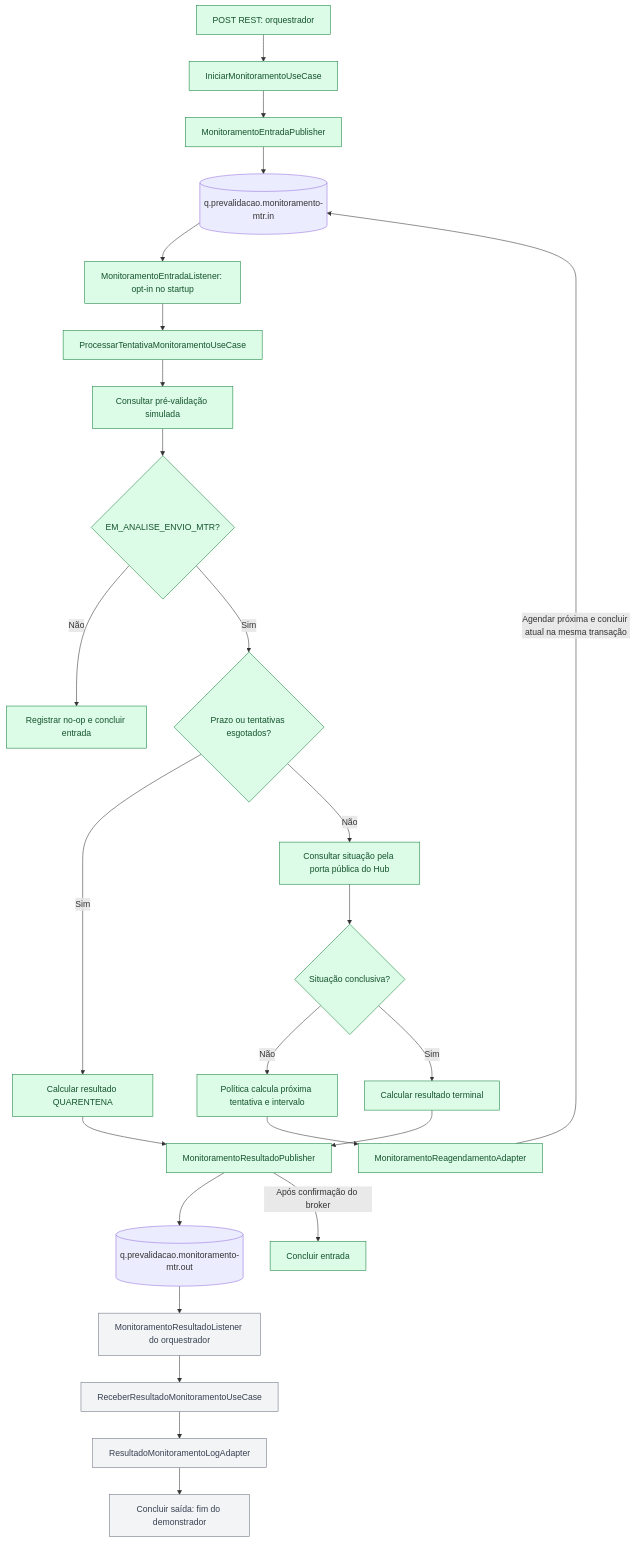
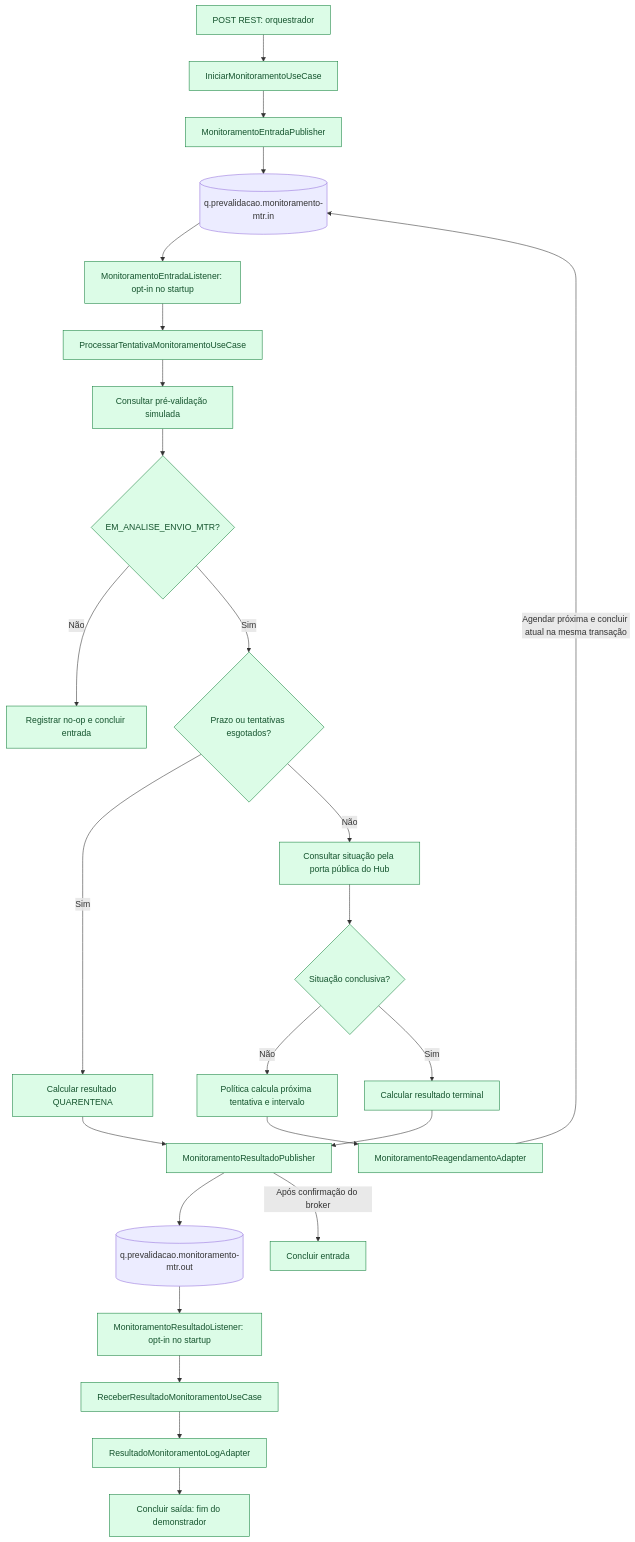
Before and after one commit to edoardo-bianco/arvore-documento-quarkus-proxy-ft-simulador-otel: the diagram in tasks/features/orquestrador-monitoramento-service-bus/guia-desenvolvimento.md, drawn with Mermaid. The commit also changed other lines of this file and 7 other files, not shown here.

````diff
--- a/tasks/features/orquestrador-monitoramento-service-bus/guia-desenvolvimento.md
+++ b/tasks/features/orquestrador-monitoramento-service-bus/guia-desenvolvimento.md
@@ -130,31 +213,31 @@
 ```mermaid
 flowchart TD
     REST["POST REST: orquestrador"] --> INICIAR["IniciarMonitoramentoUseCase"]
     INICIAR --> PUBIN["MonitoramentoEntradaPublisher"]
     PUBIN --> QIN[("q.prevalidacao.monitoramento-mtr.in")]
     QIN --> LIN["MonitoramentoEntradaListener: opt-in no startup"]
     LIN --> PROCESSAR["ProcessarTentativaMonitoramentoUseCase"]
     PROCESSAR --> PRE["Consultar pré-validação simulada"]
     PRE --> ELEGIVEL{"EM_ANALISE_ENVIO_MTR?"}
     ELEGIVEL -->|Não| NOOP["Registrar no-op e concluir entrada"]
     ELEGIVEL -->|Sim| LIMITE{"Prazo ou tentativas esgotados?"}
     LIMITE -->|Sim| QUARENTENA["Calcular resultado QUARENTENA"]
     LIMITE -->|Não| HUB["Consultar situação pela porta pública do Hub"]
     HUB --> CONCLUSIVO{"Situação conclusiva?"}
     CONCLUSIVO -->|Não| POLITICA["Política calcula próxima tentativa e intervalo"]
     POLITICA --> REAGENDAR["MonitoramentoReagendamentoAdapter"]
     REAGENDAR -->|"Agendar próxima e concluir atual na mesma transação"| QIN
     CONCLUSIVO -->|Sim| RESULTADO["Calcular resultado terminal"]
     RESULTADO --> PUBOUT["MonitoramentoResultadoPublisher"]
     QUARENTENA --> PUBOUT
     PUBOUT --> QOUT[("q.prevalidacao.monitoramento-mtr.out")]
     PUBOUT -->|"Após confirmação do broker"| COMPLETEIN["Concluir entrada"]
-    QOUT --> LOUT["MonitoramentoResultadoListener do orquestrador"]
+    QOUT --> LOUT["MonitoramentoResultadoListener: opt-in no startup"]
     LOUT --> RECEBER["ReceberResultadoMonitoramentoUseCase"]
     RECEBER --> LOG["ResultadoMonitoramentoLogAdapter"]
     LOG --> FIM["Concluir saída: fim do demonstrador"]
     classDef implementado fill:#dcfce7,stroke:#15803d,color:#14532d;
     classDef pendente fill:#f3f4f6,stroke:#6b7280,color:#374151;
     class REST,INICIAR,PUBIN,PRE,HUB,POLITICA,PUBOUT,LIN,PROCESSAR,ELEGIVEL,NOOP,LIMITE,QUARENTENA,CONCLUSIVO,RESULTADO,COMPLETEIN,REAGENDAR implementado;
-    class LOUT,RECEBER,LOG,FIM pendente;
+    class LOUT,RECEBER,LOG,FIM implementado;
 ```
````
